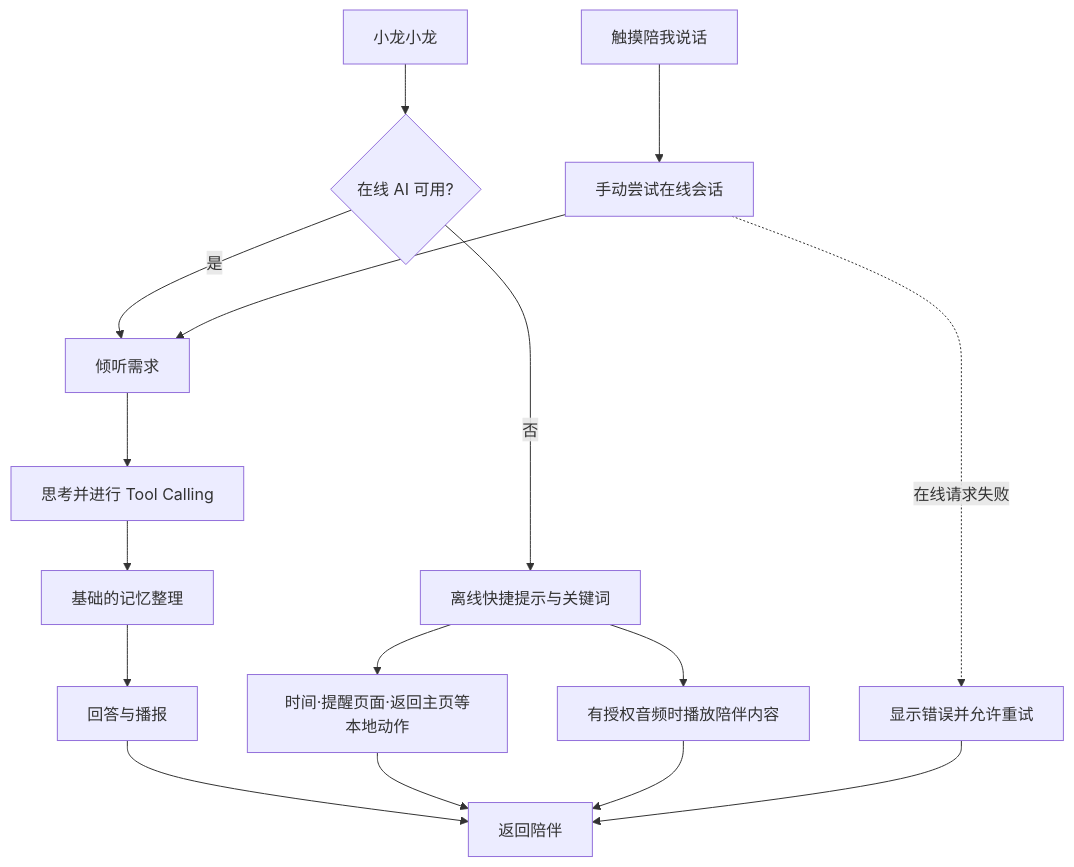
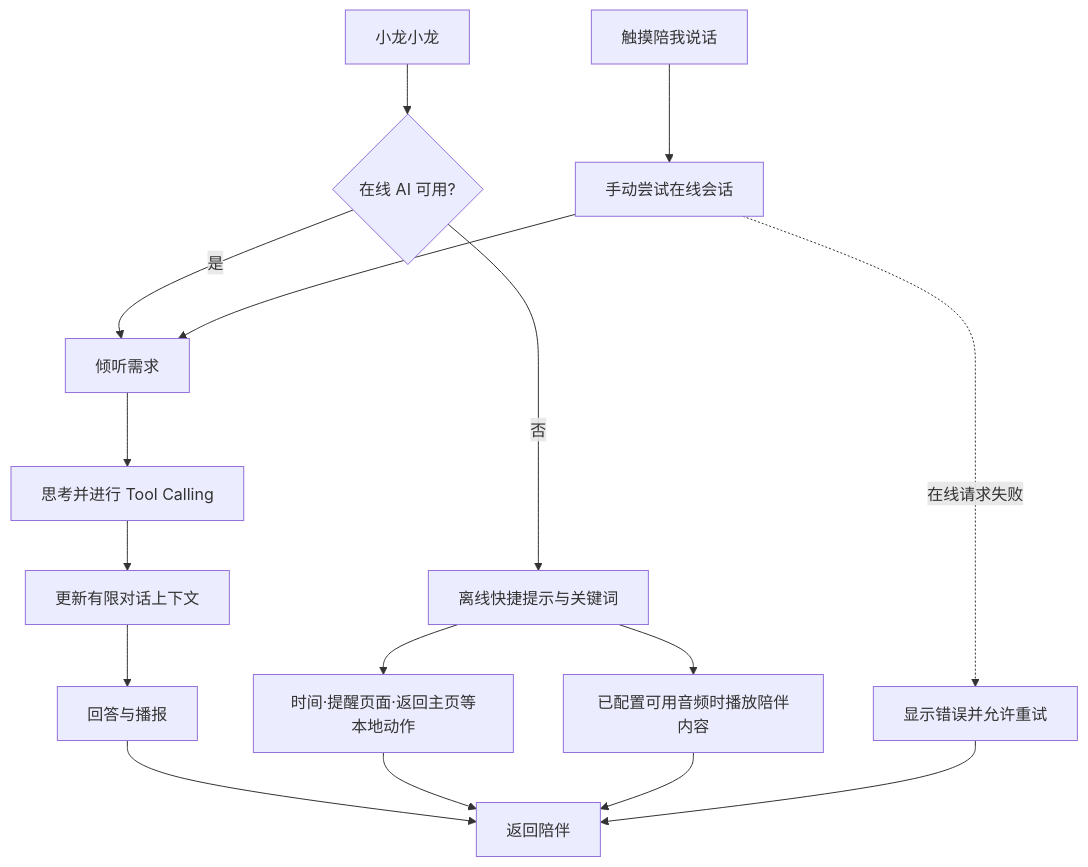
Before and after one commit to Justin-fanfan/Submission_Materials: diagram 22 of 44 in LongPet_产品设计文档.md, drawn with Mermaid. The commit also changed other lines of this file, not shown here.

````diff
--- a/LongPet_产品设计文档.md
+++ b/LongPet_产品设计文档.md
@@ -1967,13 +1950,13 @@
 ```mermaid
 flowchart TD
     W[小龙小龙] --> N{在线 AI 可用?}
-    N -- 是 --> L[倾听需求] --> Q[思考并进行 Tool Calling] --> P[基础的记忆整理] --> O[回答与播报] --> H[返回陪伴]
+    N -- 是 --> L[倾听需求] --> Q[思考并进行 Tool Calling] --> P[更新有限对话上下文] --> O[回答与播报] --> H[返回陪伴]
     N -- 否 --> K[离线快捷提示与关键词]
     K --> B[时间·提醒页面·返回主页等本地动作]
-    K --> C[有授权音频时播放陪伴内容]
+    K --> C[已配置可用音频时播放陪伴内容]
     B --> H
     C --> H
     T[触摸陪我说话] --> M[手动尝试在线会话]
     M --> L
     M -. 在线请求失败 .-> E[显示错误并允许重试] --> H
 ```
````
